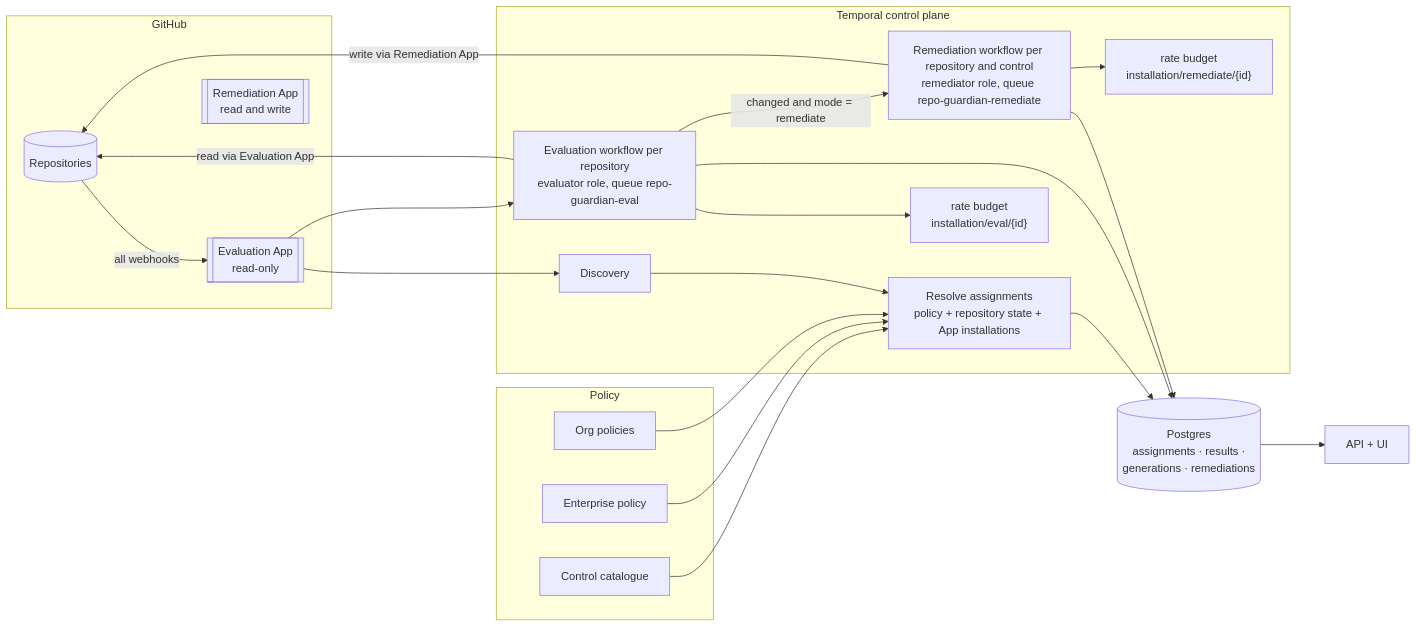
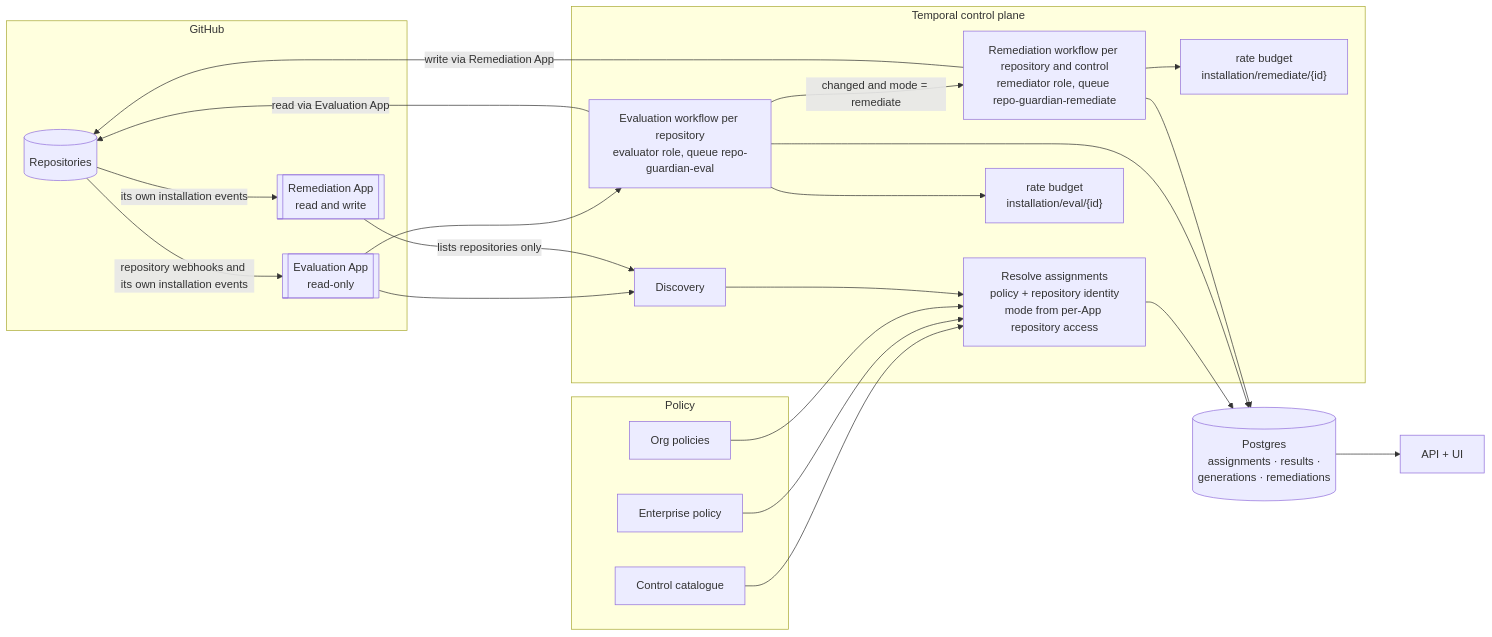
The first of 2 diagrams in docs/design/0029-controls-and-policies-opinionated-compliance-with-separate.md (donaldgifford/repo-guardian), drawn with Mermaid before and after one commit. The commit also changed other lines of this file and 10 other files, not shown here.

````diff
--- a/docs/design/0029-controls-and-policies-opinionated-compliance-with-separate.md
+++ b/docs/design/0029-controls-and-policies-opinionated-compliance-with-separate.md
@@ -131,42 +132,44 @@
 ```mermaid
 flowchart LR
     subgraph GitHub
         GH[("Repositories")]
         EA[["Evaluation App<br/>read-only"]]
         RA[["Remediation App<br/>read and write"]]
     end
 
     subgraph Policy
         CAT["Control catalogue"]
         ENT["Enterprise policy"]
         ORG["Org policies"]
     end
 
     subgraph Temporal["Temporal control plane"]
         DISC["Discovery"]
-        RES["Resolve assignments<br/>policy + repository state + App installations"]
+        RES["Resolve assignments<br/>policy + repository identity<br/>mode from per-App repository access"]
         EVAL["Evaluation workflow per repository<br/>evaluator role, queue repo-guardian-eval"]
         REM["Remediation workflow per repository and control<br/>remediator role, queue repo-guardian-remediate"]
         BE["rate budget<br/>installation/eval/{id}"]
         BR["rate budget<br/>installation/remediate/{id}"]
     end
 
     DB[("Postgres<br/>assignments · results ·<br/>generations · remediations")]
     API["API + UI"]
 
-    GH -- "all webhooks" --> EA
+    GH -- "repository webhooks and its own installation events" --> EA
+    GH -- "its own installation events" --> RA
     EA --> DISC
+    RA -- "lists repositories only" --> DISC
     EA --> EVAL
     CAT --> RES
     ENT --> RES
     ORG --> RES
     DISC --> RES --> DB
     EVAL --> BE
     EVAL -- "read via Evaluation App" --> GH
     EVAL --> DB
     EVAL -- "changed and mode = remediate" --> REM
     REM --> BR
     REM -- "write via Remediation App" --> GH
     REM --> DB
     DB --> API
 ```
````
